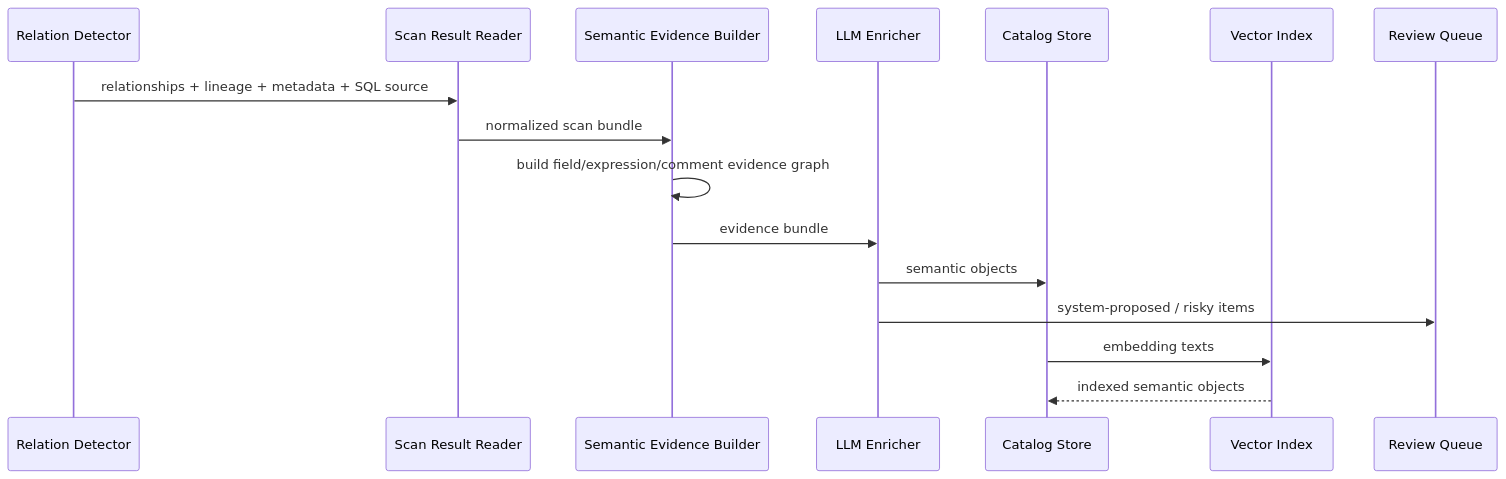
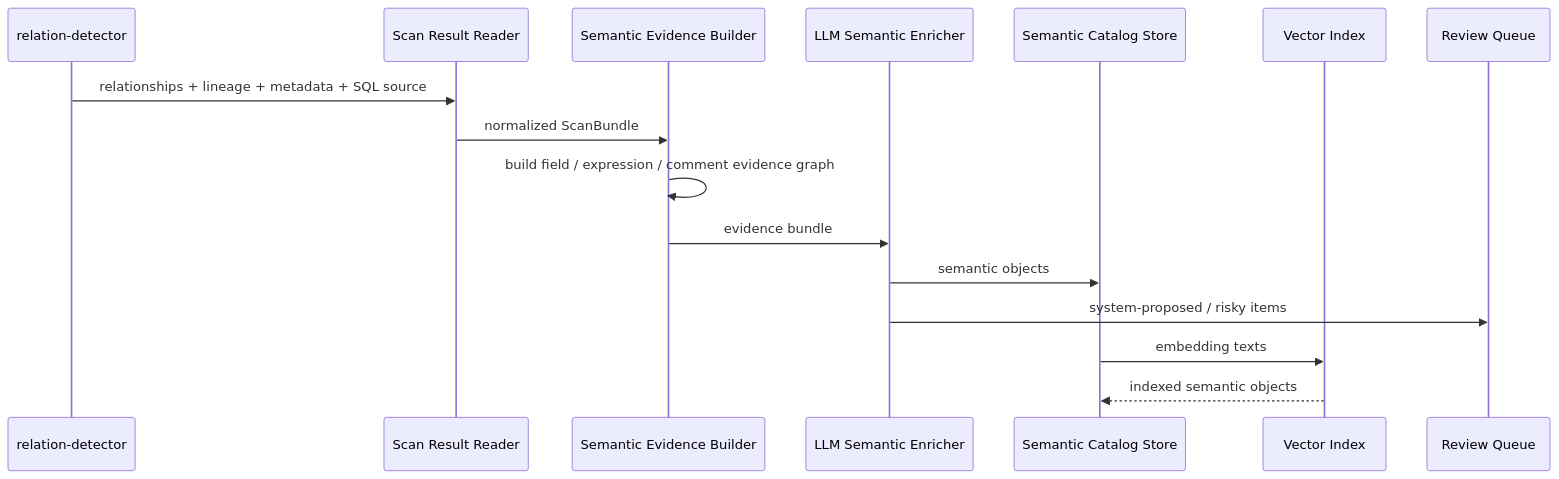
One commit to xiaoguang/relation-detector changed the fourth of 8 diagrams in docs/design/semantic-layer-overall-design.md. Above: the diagram before and after it, drawn with Mermaid. The commit also changed other lines of this file and 14 other files, not shown here.

````diff
--- a/docs/design/semantic-layer-overall-design.md
+++ b/docs/design/semantic-layer-overall-design.md
@@ -75,19 +136,19 @@
 ```mermaid
 sequenceDiagram
-  participant S as Relation Detector
+  participant S as relation-detector
   participant R as Scan Result Reader
   participant E as Semantic Evidence Builder
-  participant L as LLM Enricher
-  participant C as Catalog Store
+  participant L as LLM Semantic Enricher
+  participant C as Semantic Catalog Store
   participant V as Vector Index
   participant Q as Review Queue
 
   S->>R: relationships + lineage + metadata + SQL source
-  R->>E: normalized scan bundle
-  E->>E: build field/expression/comment evidence graph
+  R->>E: normalized ScanBundle
+  E->>E: build field / expression / comment evidence graph
   E->>L: evidence bundle
   L->>C: semantic objects
   L->>Q: system-proposed / risky items
   C->>V: embedding texts
   V-->>C: indexed semantic objects
 ```
````
